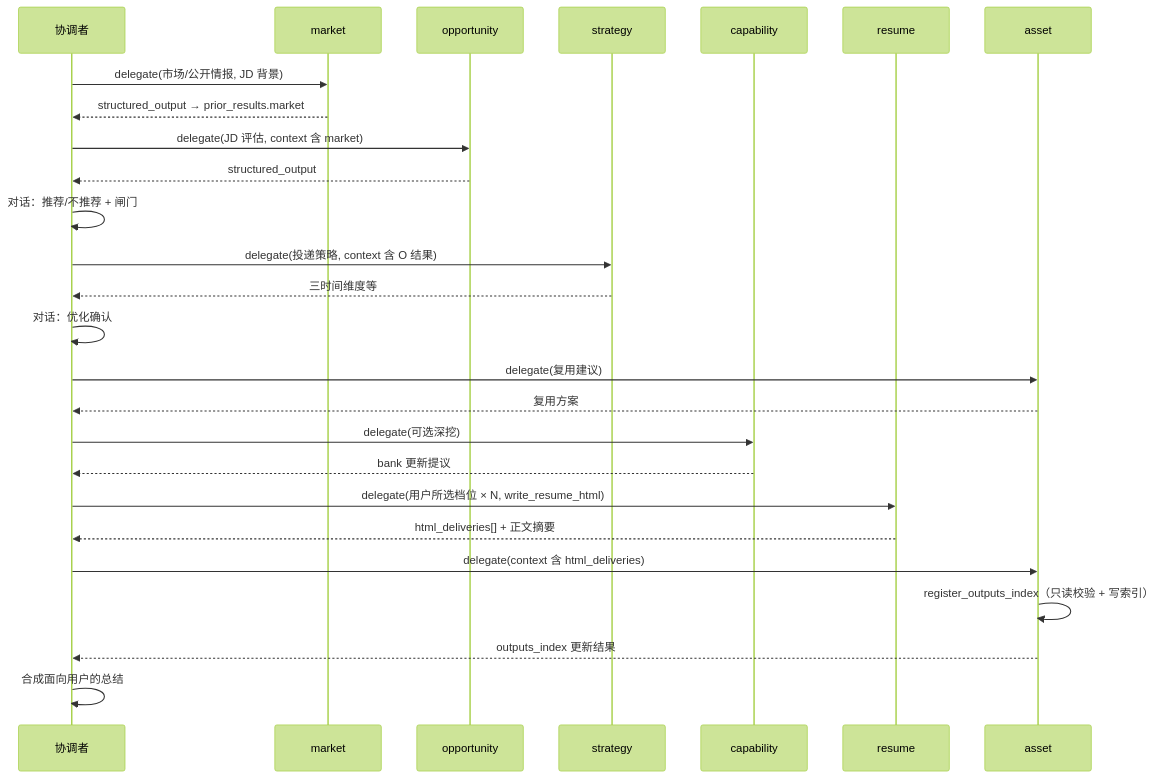
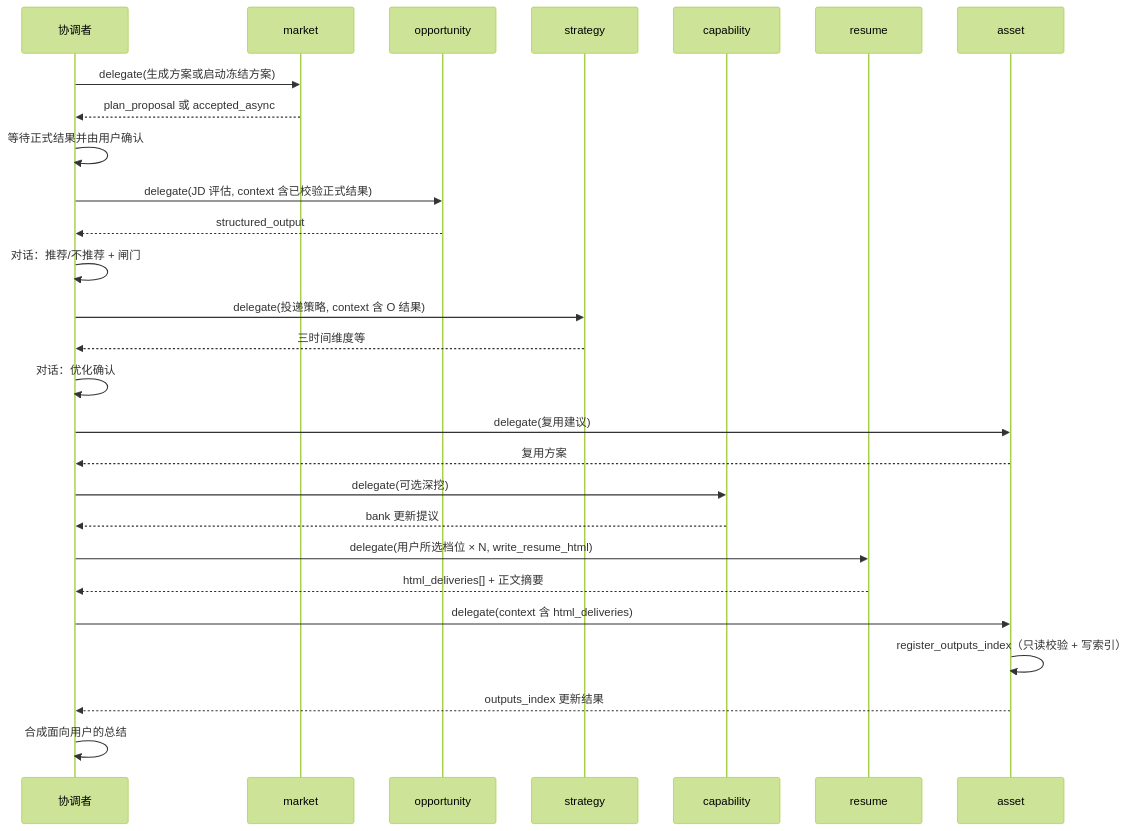
One commit to CatNum/AI-Optimized-Resume-V2 changed the third of 5 diagrams in docs/architecture/01-协调者与Worker.md. Above: the diagram before and after it, drawn with Mermaid (forest theme). The commit also changed other lines of this file and 29 other files, not shown here.

````diff
--- a/docs/architecture/01-协调者与Worker.md
+++ b/docs/architecture/01-协调者与Worker.md
@@ -194,29 +197,30 @@
 ```mermaid
 sequenceDiagram
   participant C as 协调者
   participant M as market
   participant O as opportunity
   participant S as strategy
   participant Cap as capability
   participant R as resume
   participant A as asset
 
-  C->>M: delegate(市场/公开情报, JD 背景)
-  M-->>C: structured_output → prior_results.market
-  C->>O: delegate(JD 评估, context 含 market)
+  C->>M: delegate(生成方案或启动冻结方案)
+  M-->>C: plan_proposal 或 accepted_async
+  C->>C: 等待正式结果并由用户确认
+  C->>O: delegate(JD 评估, context 含已校验正式结果)
   O-->>C: structured_output
   C->>C: 对话：推荐/不推荐 + 闸门
   C->>S: delegate(投递策略, context 含 O 结果)
   S-->>C: 三时间维度等
   C->>C: 对话：优化确认
   C->>A: delegate(复用建议)
   A-->>C: 复用方案
   C->>Cap: delegate(可选深挖)
   Cap-->>C: bank 更新提议
   C->>R: delegate(用户所选档位 × N, write_resume_html)
   R-->>C: html_deliveries[] + 正文摘要
   C->>A: delegate(context 含 html_deliveries)
   A->>A: register_outputs_index（只读校验 + 写索引）
   A-->>C: outputs_index 更新结果
   C->>C: 合成面向用户的总结
 ```
````
